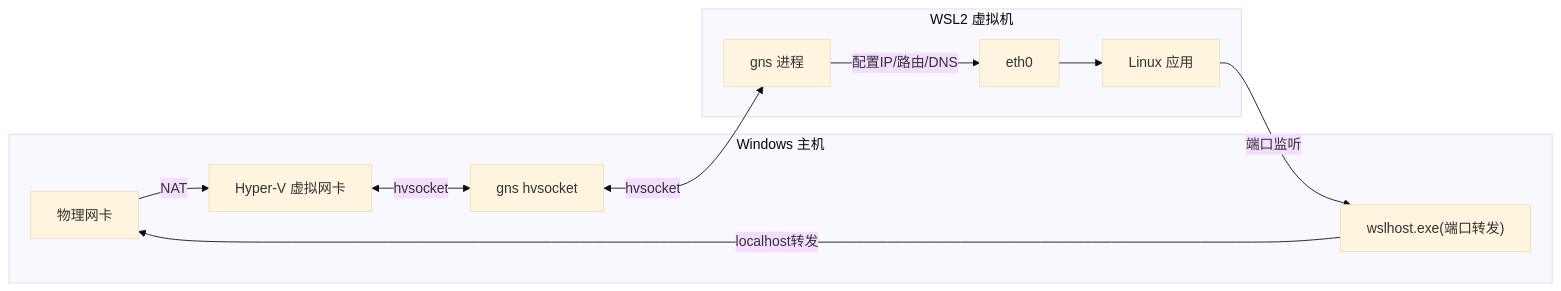
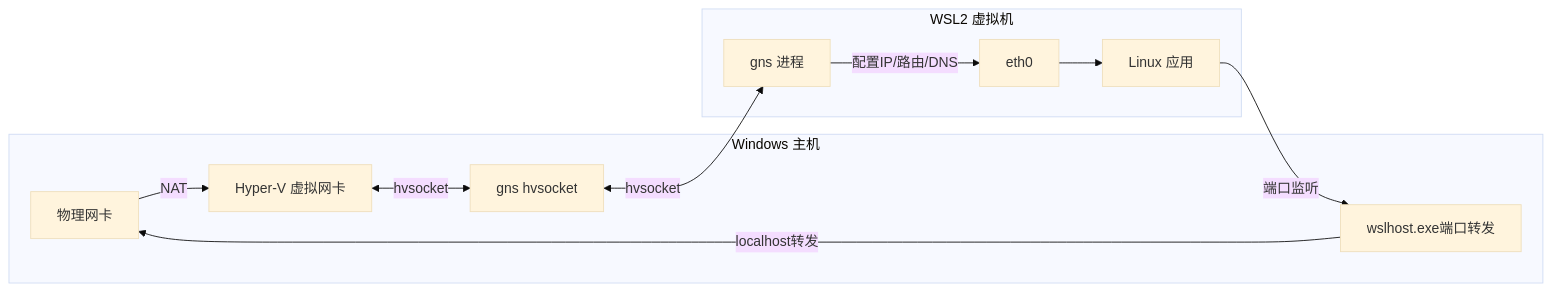
The first of 3 diagrams in .agents/docs/knowledge/learning/08-systems-infrastructure/wsl-wiki/07-network-config-systemd.md (xinetzone/SpecWeave), drawn with Mermaid (base theme) before and after one commit. The commit also changed other lines of this file and 4 other files, not shown here.

Commit message:
fix(diagrams): 修复Mermaid图表VS Code预览渲染失败——移除br标签、带圈数字、特殊符号，统一节点引号格式[prevent: mermaid-syntax-check]

````diff
--- a/.agents/docs/knowledge/learning/08-systems-infrastructure/wsl-wiki/07-network-config-systemd.md
+++ b/.agents/docs/knowledge/learning/08-systems-infrastructure/wsl-wiki/07-network-config-systemd.md
@@ -26,19 +26,19 @@
 ```mermaid
 flowchart LR
     subgraph Windows["Windows 主机"]
         NIC["物理网卡"]
         vNIC["Hyper-V 虚拟网卡"]
-        wslhost["wslhost.exe(端口转发)"]
+        wslhost["wslhost.exe端口转发"]
         gns_ch["gns hvsocket"]
     end
     subgraph WSL2_VM["WSL2 虚拟机"]
         eth0["eth0"]
         gns["gns 进程"]
         apps["Linux 应用"]
     end
     NIC -->|NAT| vNIC
     vNIC <-->|hvsocket| gns_ch
     gns_ch <-->|hvsocket| gns
     gns -->|配置IP/路由/DNS| eth0 --> apps
     apps -->|端口监听| wslhost -->|localhost转发| NIC
 ```
````
